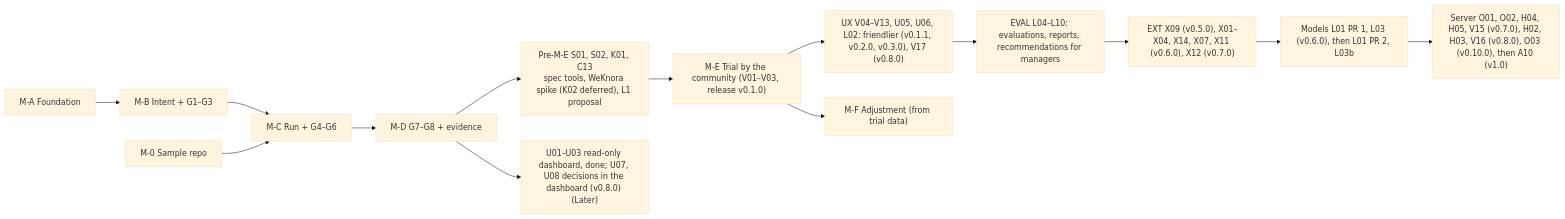
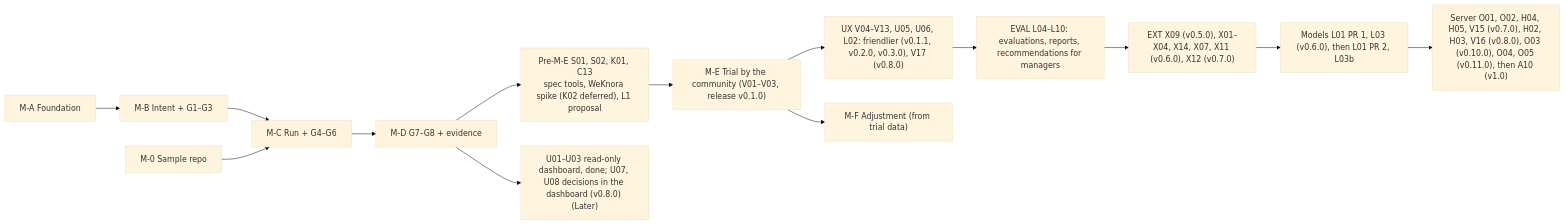
One commit to hoanghainh1188/agentic-sdlc-framework changed the diagram in design/D-08-mvp-backlog.md. Above: the diagram before and after it, drawn with Mermaid (base theme). The commit also changed other lines of this file and 9 other files, not shown here.

````diff
--- a/design/D-08-mvp-backlog.md
+++ b/design/D-08-mvp-backlog.md
@@ -58,16 +58,16 @@
 ```mermaid
 flowchart LR
     MA["M-A Foundation"] --> MB["M-B Intent + G1–G3"]
     MB --> MC["M-C Run + G4–G6"]
     M0["M-0 Sample repo"] --> MC
     MC --> MD["M-D G7–G8 + evidence"]
     MD --> MP["Pre-M-E S01, S02, K01, C13<br/>spec tools, WeKnora spike (K02 deferred), L1 proposal"]
     MP --> ME["M-E Trial by the community (V01–V03, release v0.1.0)"]
     ME --> UX["UX V04–V13, U05, U06, L02: friendlier (v0.1.1, v0.2.0, v0.3.0), V17 (v0.8.0)"]
     UX --> EV["EVAL L04–L10: evaluations, reports, recommendations for managers"]
     EV --> EXT["EXT X09 (v0.5.0), X01–X04, X14, X07, X11 (v0.6.0), X12 (v0.7.0)"]
     EXT --> MO["Models L01 PR 1, L03 (v0.6.0), then L01 PR 2, L03b"]
-    MO --> SV["Server O01, O02, H04, H05, V15 (v0.7.0), H02, H03, V16 (v0.8.0), O03 (v0.10.0), then A10 (v1.0)"]
+    MO --> SV["Server O01, O02, H04, H05, V15 (v0.7.0), H02, H03, V16 (v0.8.0), O03 (v0.10.0), O04, O05 (v0.11.0), then A10 (v1.0)"]
     ME --> MF["M-F Adjustment (from trial data)"]
     MD --> MU["U01–U03 read-only dashboard, done; U07, U08 decisions in the dashboard (v0.8.0) (Later)"]
 ```
````
